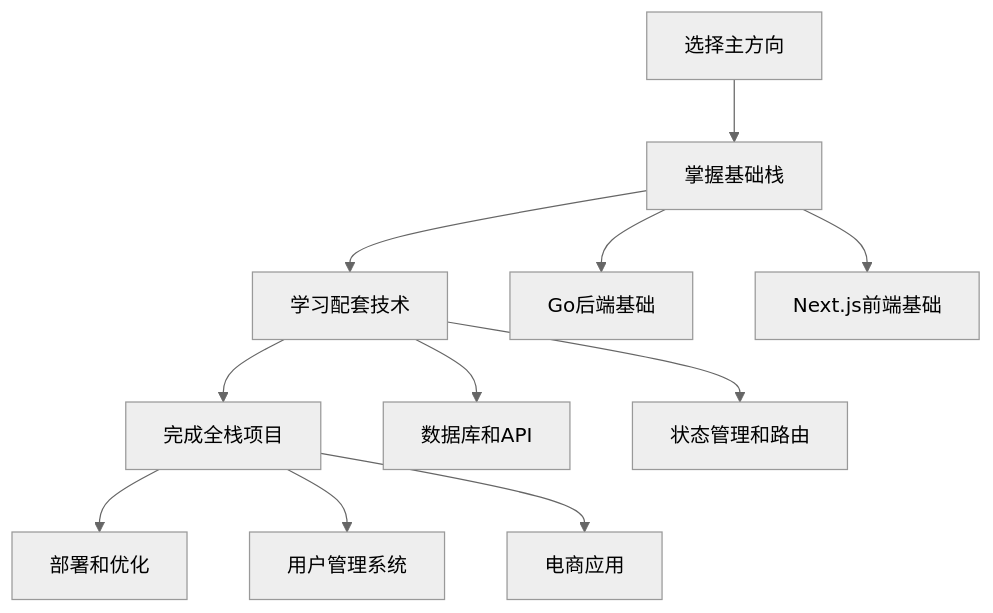
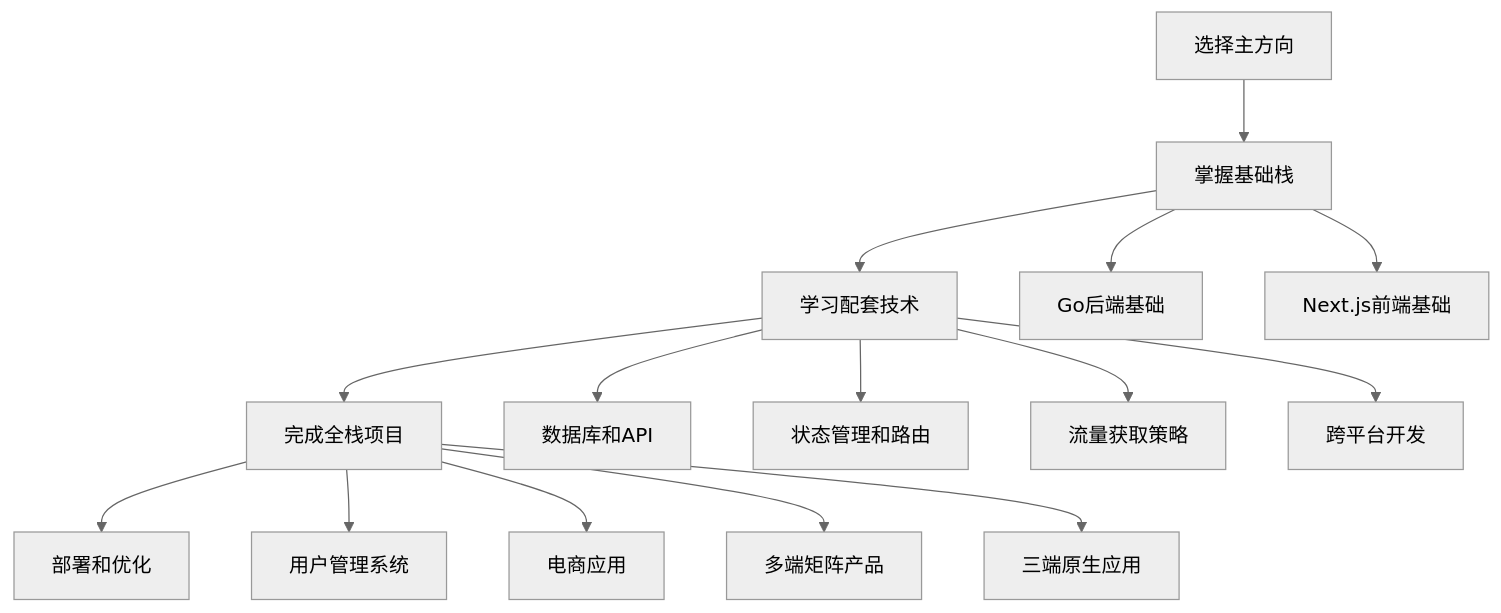
One commit to x-rush/dev-quest changed the fourth of 5 diagrams in shared-resources/DOCUMENT_INDEX.md. Above: the diagram before and after it, drawn with Mermaid (neutral theme). The commit also changed other lines of this file and 5 other files, not shown here.

````diff
--- a/shared-resources/DOCUMENT_INDEX.md
+++ b/shared-resources/DOCUMENT_INDEX.md
@@ -224,16 +349,20 @@
 ```mermaid
 graph TD
     A[选择主方向] --> B[掌握基础栈]
     B --> C[学习配套技术]
     C --> D[完成全栈项目]
     D --> E[部署和优化]
 
     B --> B1[Go后端基础]
     B --> B2[Next.js前端基础]
 
     C --> C1[数据库和API]
     C --> C2[状态管理和路由]
+    C --> C3[流量获取策略]
+    C --> C4[跨平台开发]
 
     D --> D1[用户管理系统]
     D --> D2[电商应用]
+    D --> D3[多端矩阵产品]
+    D --> D4[三端原生应用]
 ```
````
